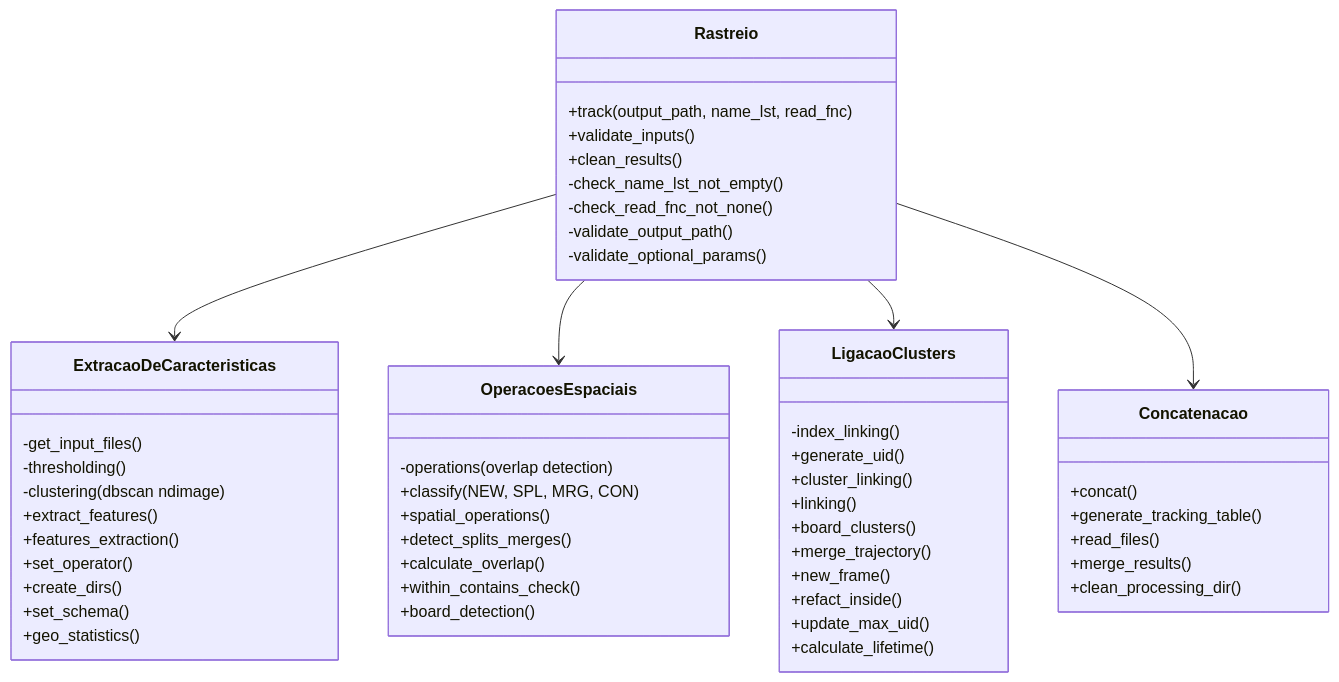
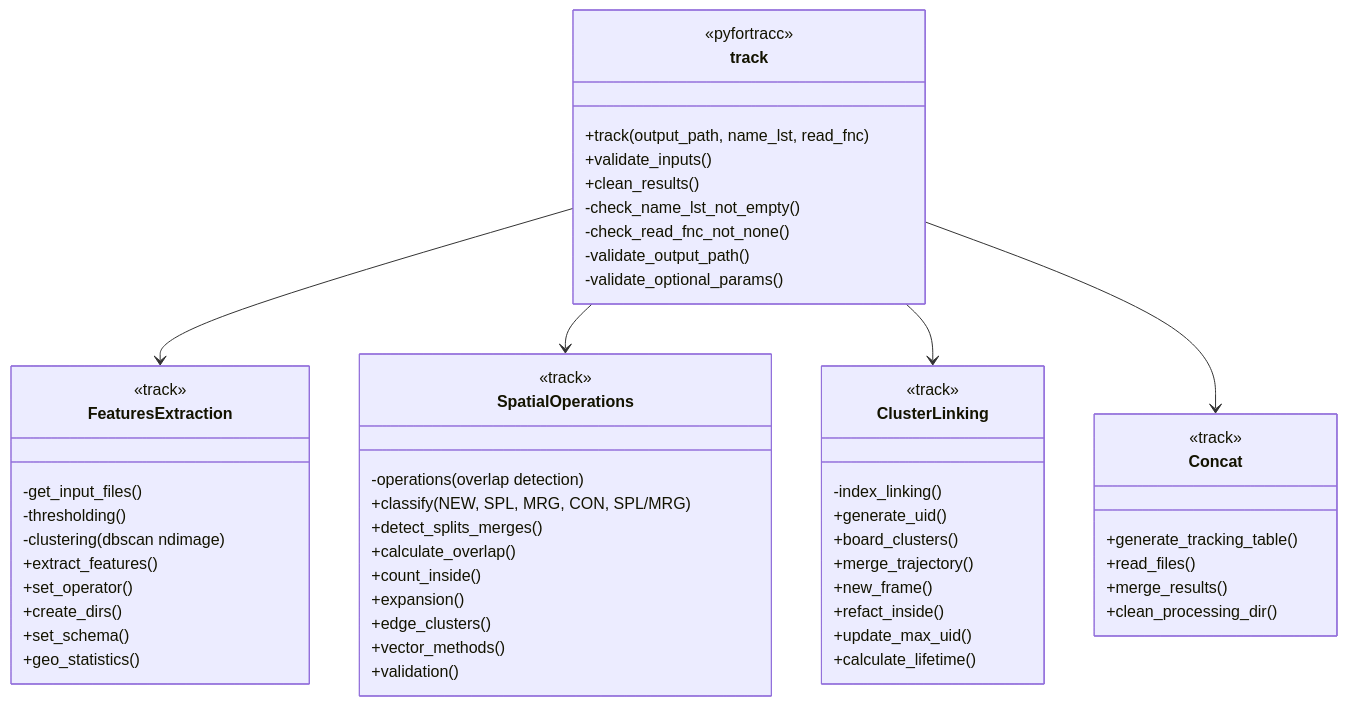
The diagram in doc/DIAGRAMS/class_diagram.md (fortracc/pyfortracc), drawn with Mermaid before and after one commit.

````diff
--- a/doc/DIAGRAMS/class_diagram.md
+++ b/doc/DIAGRAMS/class_diagram.md
@@ -1,63 +1,67 @@
 ```mermaid
+---
+config:
+  theme: mc
+  look: classic
+---
 classDiagram
-    %% Classe principal
-    class Rastreio {
-        +track(output_path, name_lst, read_fnc)
-        +validate_inputs()
-        +clean_results()
-        -check_name_lst_not_empty()
-        -check_read_fnc_not_none()
-        -validate_output_path()
-        -validate_optional_params()
+direction TB
+    class FeaturesExtraction {
+	    -get_input_files()
+	    -thresholding()
+	    -clustering(dbscan ndimage)
+	    +extract_features()
+	    +set_operator()
+	    +create_dirs()
+	    +set_schema()
+	    +geo_statistics()
+    }
+    class track {
+	    +track(output_path, name_lst, read_fnc)
+	    +validate_inputs()
+	    +clean_results()
+	    -check_name_lst_not_empty()
+	    -check_read_fnc_not_none()
+	    -validate_output_path()
+	    -validate_optional_params()
+    }
+    class SpatialOperations {
+	    -operations(overlap detection)
+	    +classify(NEW, SPL, MRG, CON, SPL/MRG)
+	    +detect_splits_merges()
+	    +calculate_overlap()
+	    +count_inside()
+        +expansion()
+	    +edge_clusters()
+        +vector_methods()
+        +validation()
+    }
+    class ClusterLinking {
+	    -index_linking()
+	    +generate_uid()
+	    +board_clusters()
+	    +merge_trajectory()
+	    +new_frame()
+	    +refact_inside()
+	    +update_max_uid()
+	    +calculate_lifetime()
+    }
+    class Concat {
+	    +generate_tracking_table()
+	    +read_files()
+	    +merge_results()
+	    +clean_processing_dir()
     }
 
-    %% Módulos principais em sequência
-    class ExtracaoDeCaracteristicas {
-        -get_input_files()
-        -thresholding()
-        -clustering(dbscan ndimage)
-        +extract_features()
-        +features_extraction()
-        +set_operator()
-        +create_dirs()
-        +set_schema()
-        +geo_statistics()
-    }
+	<<track>> FeaturesExtraction
+	<<pyfortracc>> track
+	<<track>> SpatialOperations
+	<<track>> ClusterLinking
+	<<track>> Concat
 
-    class OperacoesEspaciais {
-        -operations(overlap detection)
-        +classify(NEW, SPL, MRG, CON)
-        +spatial_operations()
-        +detect_splits_merges()
-        +calculate_overlap()
-        +within_contains_check()
-        +board_detection()
-    }
+    track --> FeaturesExtraction
+    track --> SpatialOperations
+    track --> ClusterLinking
+    track --> Concat
 
-    class LigacaoClusters {
-        -index_linking()
-        +generate_uid()
-        +cluster_linking()
-        +linking()
-        +board_clusters()
-        +merge_trajectory()
-        +new_frame()
-        +refact_inside()
-        +update_max_uid()
-        +calculate_lifetime()
-    }
-
-    class Concatenacao {
-        +concat()
-        +generate_tracking_table()
-        +read_files()
-        +merge_results()
-        +clean_processing_dir()
-    }
-
-    %% Relacionamentos principais
-    Rastreio --> ExtracaoDeCaracteristicas
-    Rastreio --> OperacoesEspaciais
-    Rastreio --> LigacaoClusters
-    Rastreio --> Concatenacao
 ```
````
